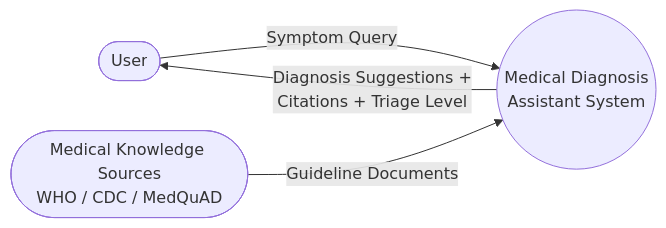
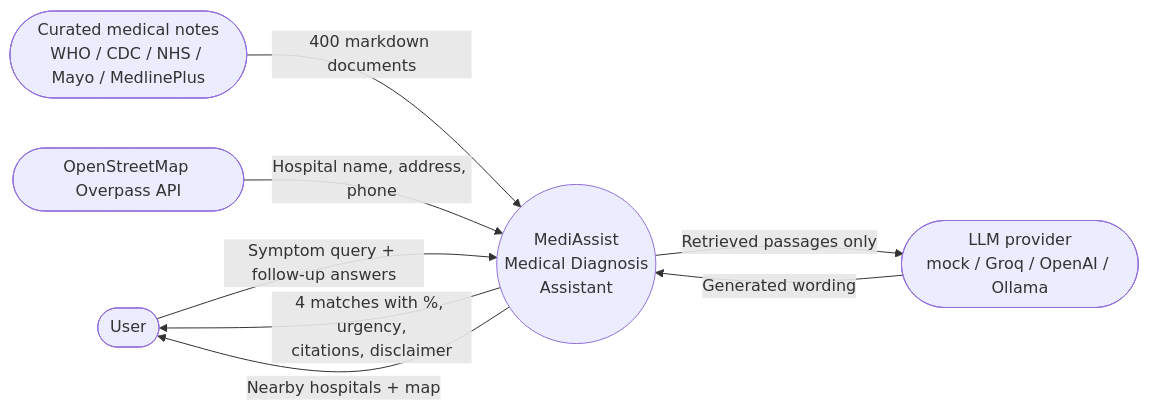
Before and after one commit to liyakat-12/medical-diagnosis-assistant-llm-rag: the second of 6 diagrams in docs/synopsis_diagrams.md, drawn with Mermaid. The commit also changed other lines of this file and 229 other files, not shown here.

Commit message:
Add body map, reranking, and medical knowledge base updates

````diff
--- a/docs/synopsis_diagrams.md
+++ b/docs/synopsis_diagrams.md
@@ -42,6 +61,10 @@
 ```mermaid
 flowchart LR
-    U([User]) -- "Symptom Query" --> SYS((Medical Diagnosis<br/>Assistant System))
-    SYS -- "Diagnosis Suggestions +<br/>Citations + Triage Level" --> U
-    KS([Medical Knowledge Sources<br/>WHO / CDC / MedQuAD]) -- "Guideline Documents" --> SYS
+    U([User]) -- "Symptom query + follow-up answers" --> SYS((MediAssist<br/>Medical Diagnosis<br/>Assistant))
+    SYS -- "4 matches with %, urgency,<br/>citations, disclaimer" --> U
+    SYS -- "Nearby hospitals + map" --> U
+    KS([Curated medical notes<br/>WHO / CDC / NHS / Mayo / MedlinePlus]) -- "400 markdown documents" --> SYS
+    OSM([OpenStreetMap Overpass API]) -- "Hospital name, address, phone" --> SYS
+    LLM([LLM provider<br/>mock / Groq / OpenAI / Ollama]) -- "Generated wording" --> SYS
+    SYS -- "Retrieved passages only" --> LLM
 ```
````
